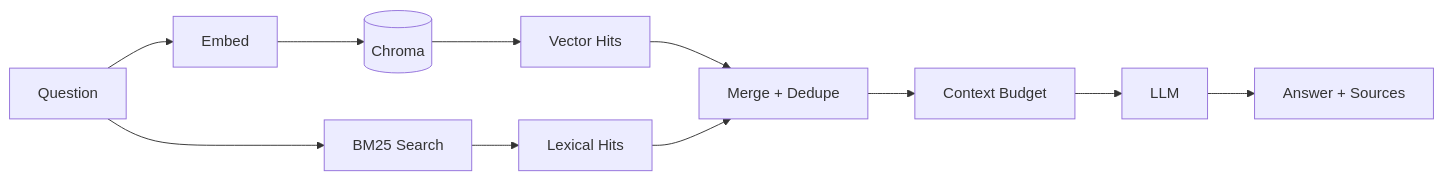
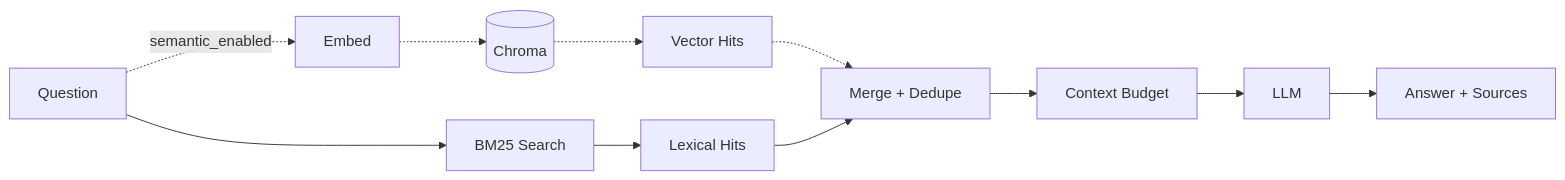
One commit to Code-and-Sorts/chirp-ai-note-app changed the second of 2 diagrams in .docs/architecture.md. Above: the diagram before and after it, drawn with Mermaid. The commit also changed other lines of this file and 27 other files, not shown here.

Commit message:
Lexical-first retrieval — Phases 3–5 (registry hiding, enable flow, docs) (#118)

````diff
--- a/.docs/architecture.md
+++ b/.docs/architecture.md
@@ -17,13 +22,13 @@
 ```mermaid
 flowchart LR
-  Question[Question] --> QEmb[Embed]
-  QEmb --> Chroma[(Chroma)]
-  Question --> BM25Q[BM25 Search]
-  Chroma --> VecHits[Vector Hits]
+  Question[Question] --> BM25Q[BM25 Search]
+  Question -.semantic_enabled.-> QEmb[Embed]
+  QEmb -.-> Chroma[(Chroma)]
+  Chroma -.-> VecHits[Vector Hits]
   BM25Q --> LexHits[Lexical Hits]
-  VecHits --> Merge[Merge + Dedupe]
+  VecHits -.-> Merge[Merge + Dedupe]
   LexHits --> Merge
   Merge --> Context[Context Budget]
   Context --> LLM[LLM]
   LLM --> Answer[Answer + Sources]
 ```
````
